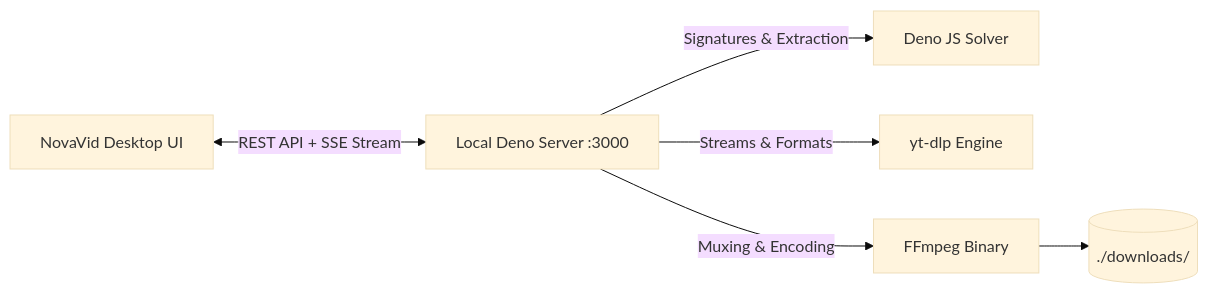
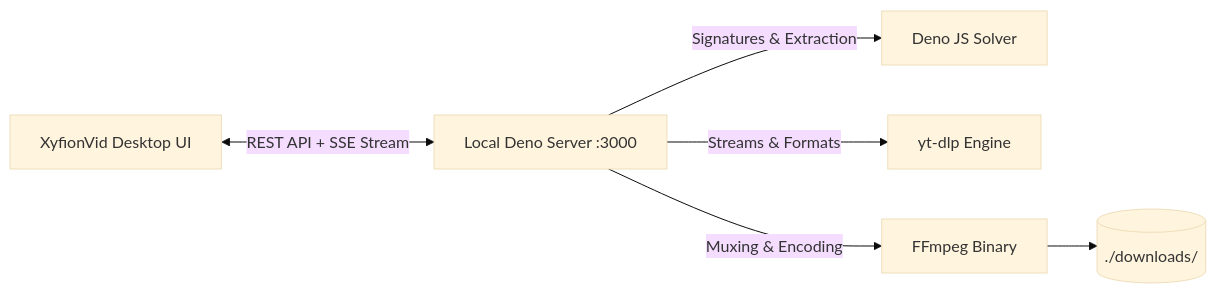
One commit to erdemibo09-sudo/novavid-video-downloader changed the diagram in README.md. Above: the diagram before and after it, drawn with Mermaid (base theme). The commit also changed other lines of this file and 5 other files, not shown here.

Commit message:
feat(branding): rename project to XyfionVid across all UI, server, docs, and shortcuts

````diff
--- a/README.md
+++ b/README.md
@@ -58,8 +58,8 @@
 ```mermaid
 graph LR
-    UI[NovaVid Desktop UI] <-->|REST API + SSE Stream| Server[Local Deno Server :3000]
+    UI[XyfionVid Desktop UI] <-->|REST API + SSE Stream| Server[Local Deno Server :3000]
     Server -->|Signatures & Extraction| DenoJS[Deno JS Solver]
     Server -->|Streams & Formats| YTDLP[yt-dlp Engine]
     Server -->|Muxing & Encoding| FFmpeg[FFmpeg Binary]
     FFmpeg --> Output[(./downloads/)]
 ```
````
